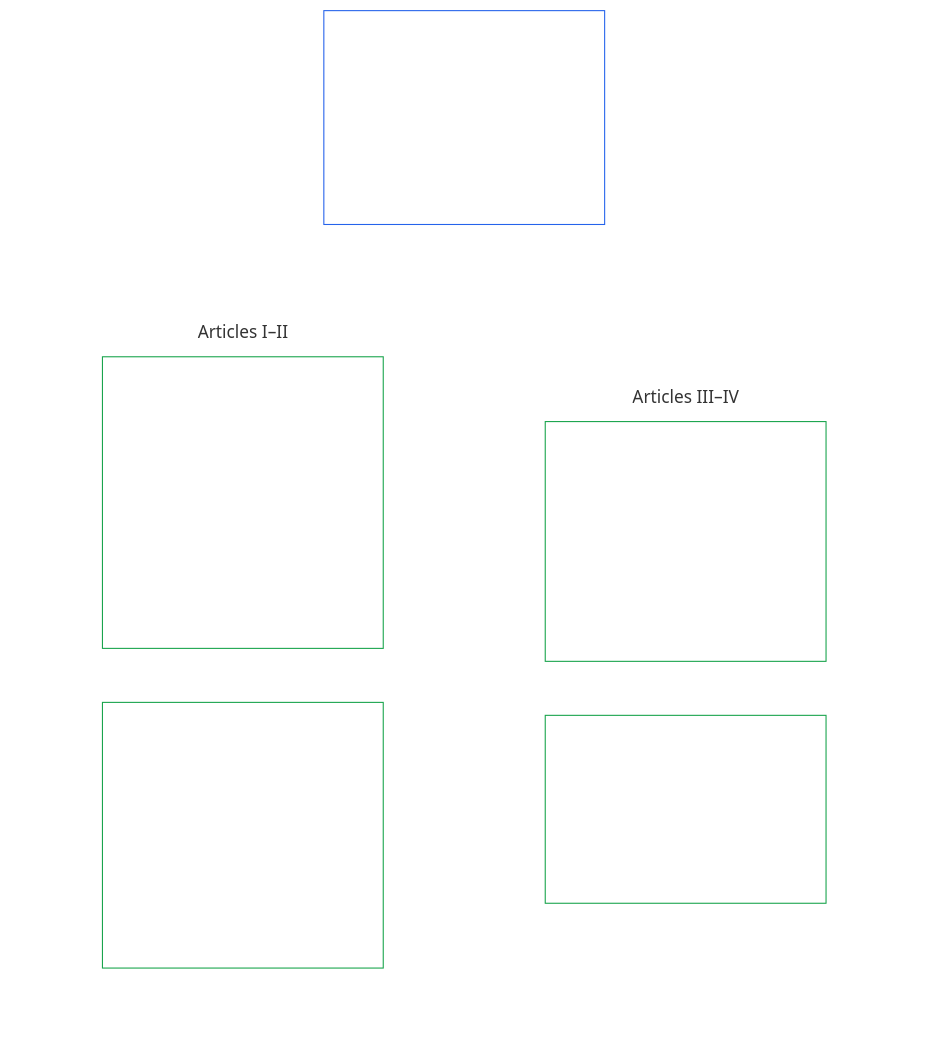
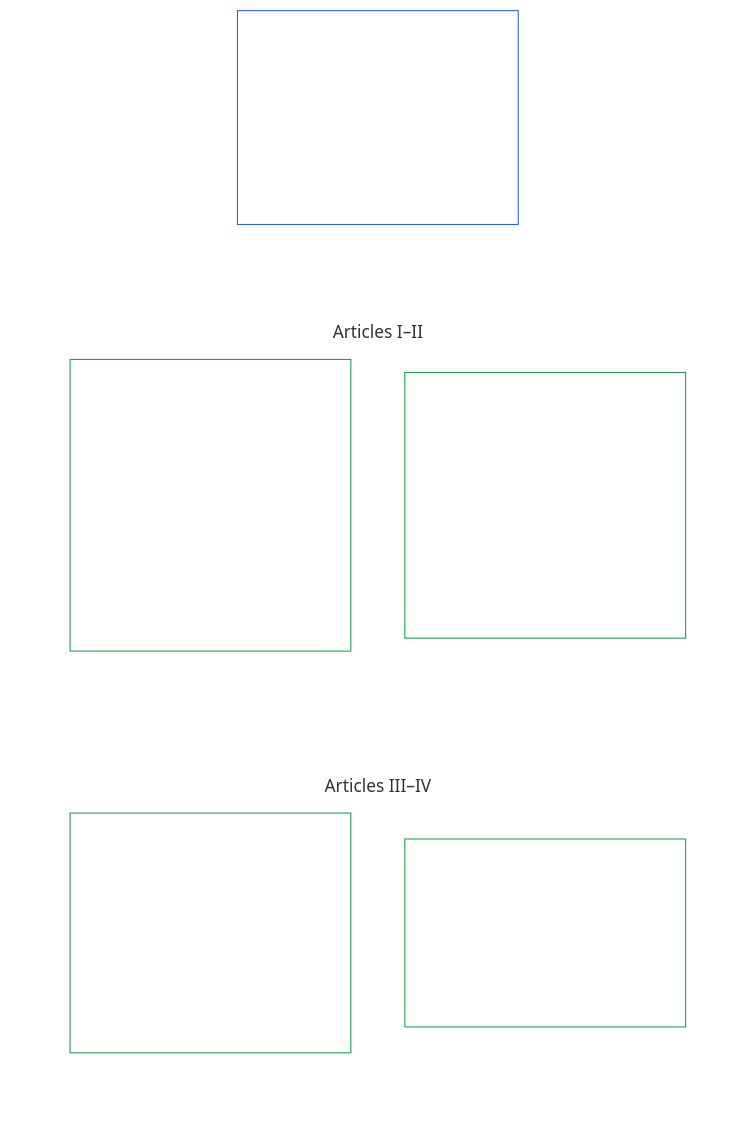
The second of 2 diagrams in core_06_rights_part_a.md (kfoelsch/Sentient_Constitution), drawn with Mermaid before and after one commit. The commit also changed 44 other files, not shown here.

````diff
--- a/core_06_rights_part_a.md
+++ b/core_06_rights_part_a.md
@@ -180,26 +180,27 @@
 ```mermaid
 flowchart TB
     A0["Part A<br/><br/>Planetary preconditions, material stewardship,<br/>survival, equal educational access, and shared resources"]
     subgraph Agrid[" "]
         direction TB
+        subgraph Arow1["Articles I–II"]
+            A1["Article I · Environmental Survival<br/><br/>• Environmental preconditions<br/>• Ecological footprint<br/>• Intergenerational responsibility<br/>• Existential risk and recovery"]
+            A2["Article II · Material Stewardship and Durable-Use Integrity<br/><br/>• Lifecycle honesty<br/>• Repair and servicing<br/>• Designed obsolescence<br/>• Post-sale access<br/>• Info-sphere continuity"]
+        end
         subgraph Arow2["Articles III–IV"]
-            direction LR
             A3["Article III · Survival and Equal Educational Access<br/><br/>• Survival<br/>• Equal educational access<br/>• Healthcare access<br/>• Labor and economic floor"]
             A4["Article IV · Resource Allocation, Dependencies, and Ecosystem Funding<br/><br/>• Dependency mapping<br/>• Cross-system fairness"]
         end
-        subgraph Arow1["Articles I–II"]
-            direction LR
-            A1["Article I · Environmental Survival<br/><br/>• Environmental preconditions<br/>• Ecological footprint<br/>• Intergenerational responsibility<br/>• Existential risk and recovery"]
-            A2["Article II · Material Stewardship and Durable-Use Integrity<br/><br/>• Lifecycle honesty<br/>• Repair and servicing<br/>• Designed obsolescence<br/>• Post-sale access<br/>• Info-sphere continuity"]
-        end
     end
-    A0 ~~~ Agrid
+    %% Invisible links force a two-wide grid: each link puts its target one level down.
+    A0 ~~~ A1 & A2
+    A1 ~~~ A3
+    A2 ~~~ A4
     style Agrid fill:none,stroke:none
     style Arow1 fill:none,stroke:none
     style Arow2 fill:none,stroke:none
     style A0 fill:none,stroke:#2563eb,color:#ffffff
     style A1 fill:none,stroke:#16a34a,color:#ffffff
     style A2 fill:none,stroke:#16a34a,color:#ffffff
     style A3 fill:none,stroke:#16a34a,color:#ffffff
     style A4 fill:none,stroke:#16a34a,color:#ffffff
 ```
````
